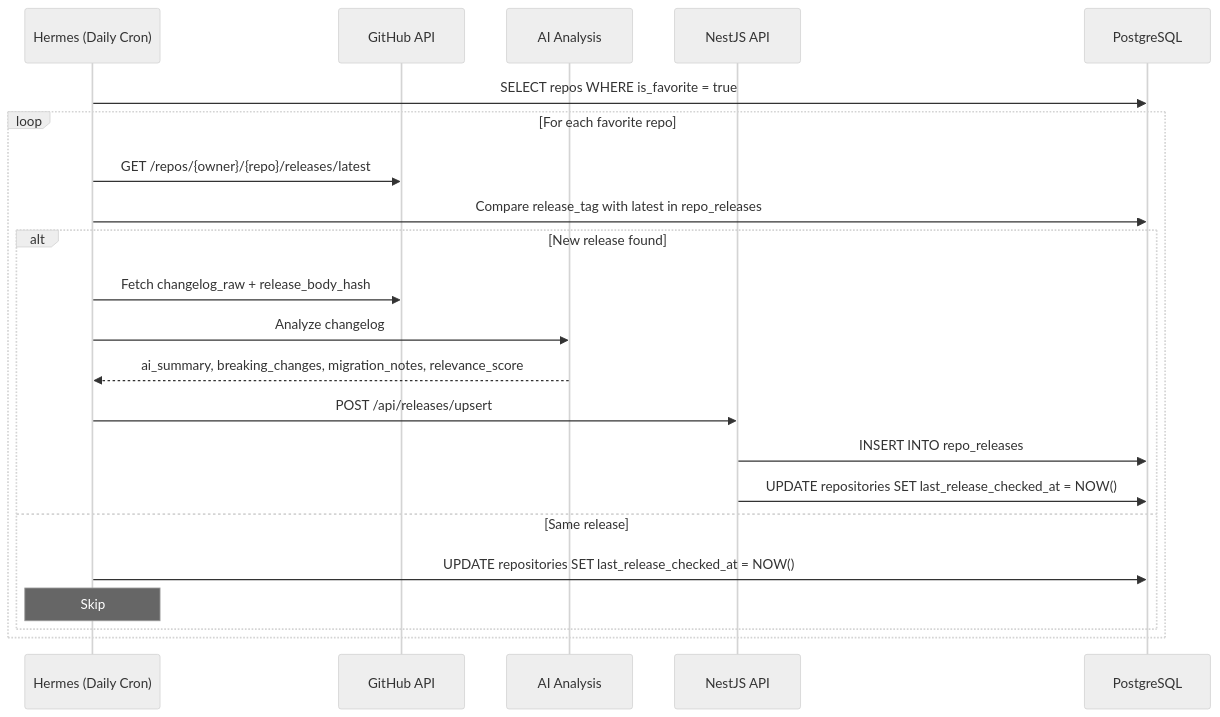
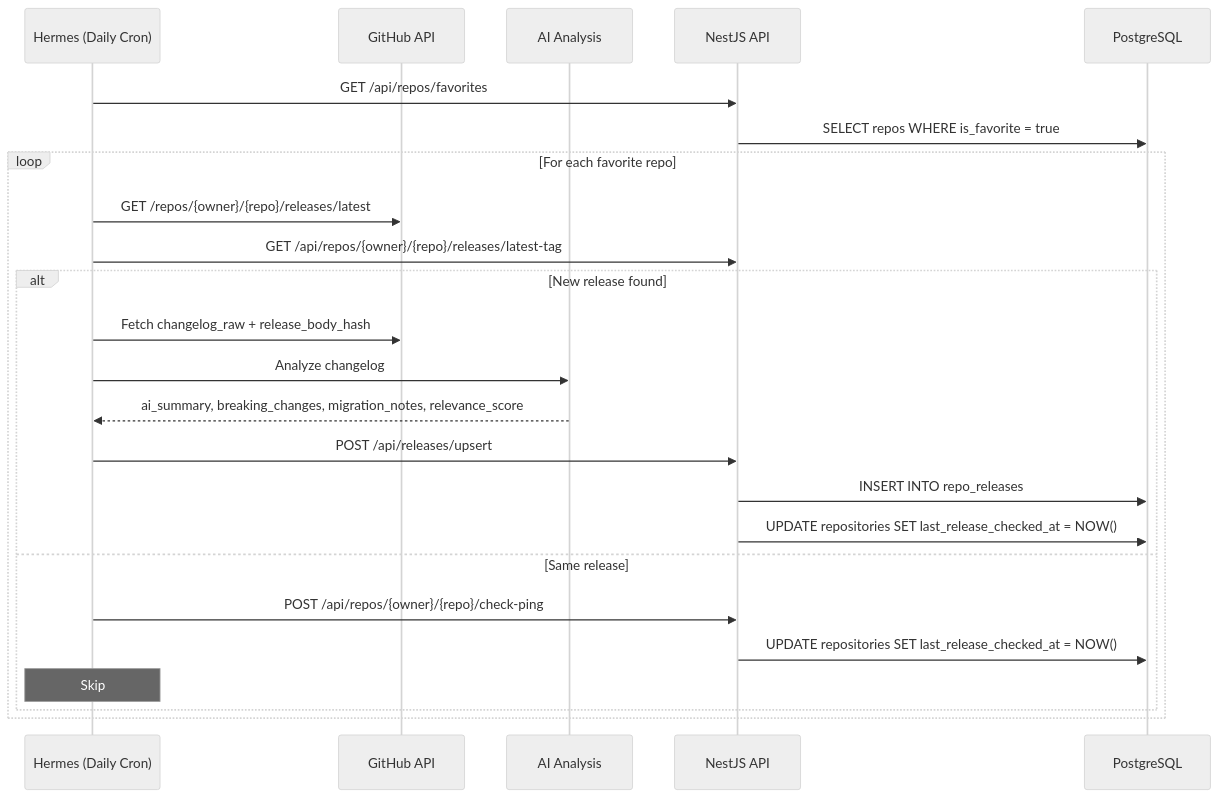
Before and after one commit to thangvq95/thangvq-digital-hub: the diagram in docs/architecture/release-analysis-pipeline.md, drawn with Mermaid (neutral theme). The commit also changed 10 other files, not shown here.

````diff
--- a/docs/architecture/release-analysis-pipeline.md
+++ b/docs/architecture/release-analysis-pipeline.md
@@ -15,25 +15,27 @@
 ```mermaid
 sequenceDiagram
     participant Cron as Hermes (Daily Cron)
     participant GH as GitHub API
     participant AI as AI Analysis
     participant BE as NestJS API
     participant DB as PostgreSQL
 
-    Cron->>DB: SELECT repos WHERE is_favorite = true
+    Cron->>BE: GET /api/repos/favorites
+    BE->>DB: SELECT repos WHERE is_favorite = true
     loop For each favorite repo
         Cron->>GH: GET /repos/{owner}/{repo}/releases/latest
-        Cron->>DB: Compare release_tag with latest in repo_releases
+        Cron->>BE: GET /api/repos/{owner}/{repo}/releases/latest-tag
         alt New release found
             Cron->>GH: Fetch changelog_raw + release_body_hash
             Cron->>AI: Analyze changelog
             AI-->>Cron: ai_summary, breaking_changes, migration_notes, relevance_score
             Cron->>BE: POST /api/releases/upsert
             BE->>DB: INSERT INTO repo_releases
             BE->>DB: UPDATE repositories SET last_release_checked_at = NOW()
         else Same release
-            Cron->>DB: UPDATE repositories SET last_release_checked_at = NOW()
+            Cron->>BE: POST /api/repos/{owner}/{repo}/check-ping
+            BE->>DB: UPDATE repositories SET last_release_checked_at = NOW()
             Note over Cron: Skip
         end
     end
 ```
````
